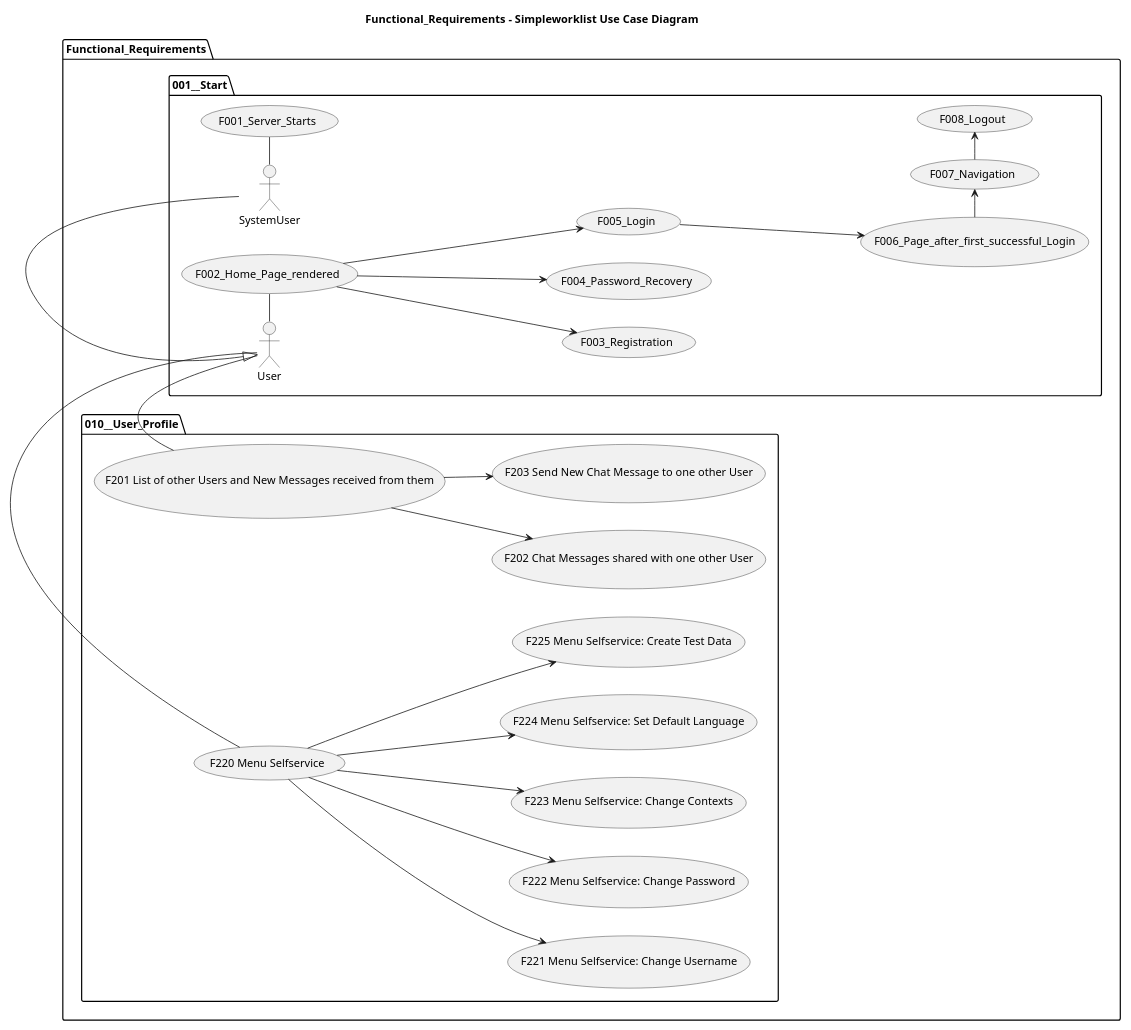
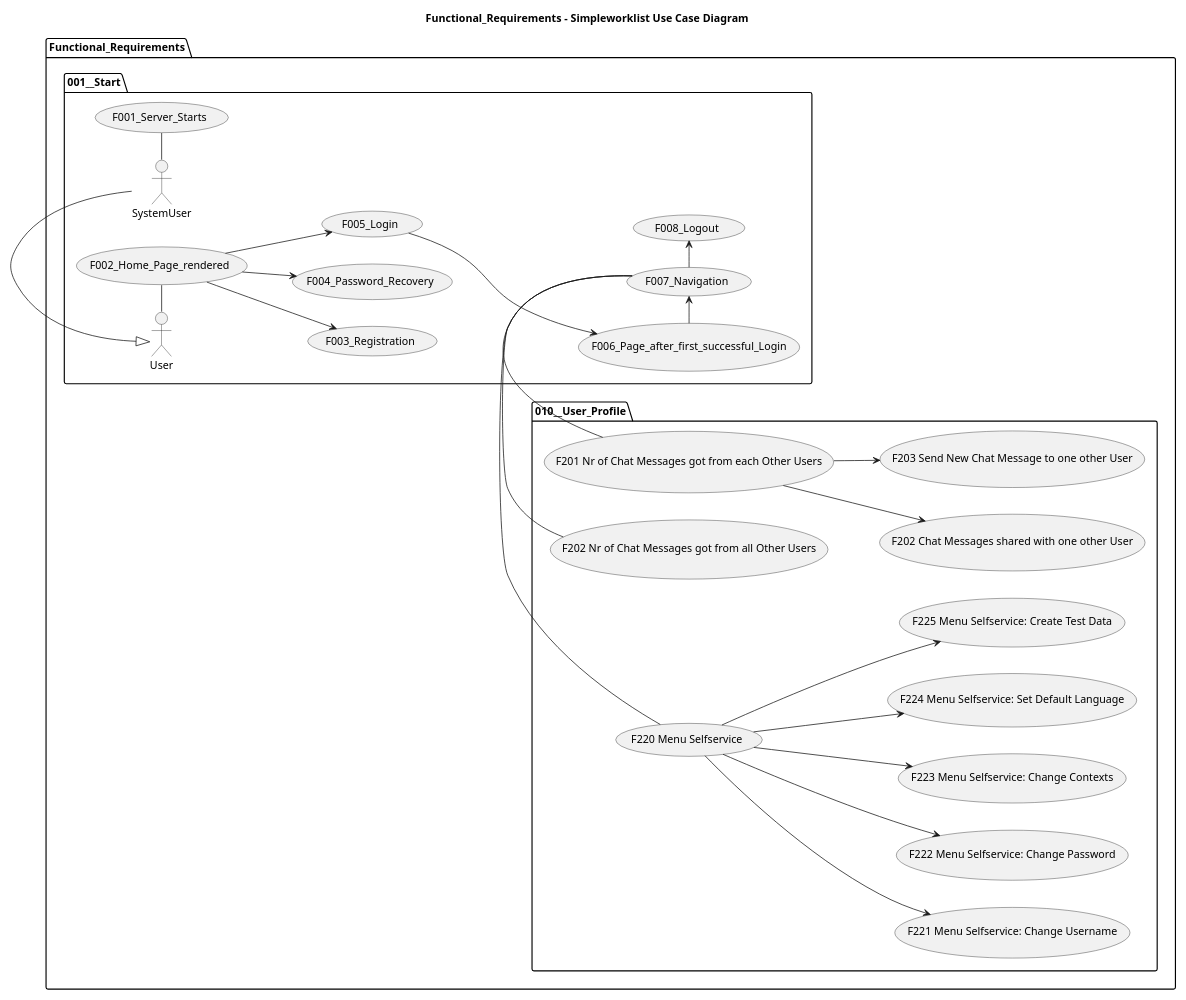
The diagram in src/main/plantuml/Simpleworklist__Use_Cases__010__User_Profile.puml (Spring-Framework-Java-Apps/simpleworklist), drawn with PlantUML before and after one commit.

Commit message:
## 2.4.13-SNAPSHOT * fixed #380 add User Use Cases to UML Documentation * fixed #393 UML Documentation: Service Classes DB * fixed #394 UML Documentation: Service Classes Meso

```diff
--- a/src/main/plantuml/Simpleworklist__Use_Cases__010__User_Profile.puml
+++ b/src/main/plantuml/Simpleworklist__Use_Cases__010__User_Profile.puml
@@ -1,39 +1,40 @@
 @startuml
 
 title Functional_Requirements - Simpleworklist Use Case Diagram
 
 left to right direction
 'top to bottom direction
 
 'https://plantuml.com/use-case-diagram
 
 scale 1200 width
 
 package Functional_Requirements {
 
   package 001__Start {
     SystemUser - (F001_Server_Starts)
     User - (F002_Home_Page_rendered)
     (F002_Home_Page_rendered) --> (F003_Registration)
     (F002_Home_Page_rendered) --> (F004_Password_Recovery)
     (F002_Home_Page_rendered) --> (F005_Login)
     (F005_Login) ---> (F006_Page_after_first_successful_Login)
     (F006_Page_after_first_successful_Login) -> (F007_Navigation)
     (F007_Navigation) -> (F008_Logout)
   }
 
   package 010__User_Profile {
-    User - (F201 List of other Users and New Messages received from them)
-    (F201 List of other Users and New Messages received from them) --> (F202 Chat Messages shared with one other User)
-    (F201 List of other Users and New Messages received from them) --> (F203 Send New Chat Message to one other User)
-    User - (F220 Menu Selfservice)
+    (F007_Navigation) - (F201 Nr of Chat Messages got from each Other Users)
+    (F201 Nr of Chat Messages got from each Other Users) --> (F202 Chat Messages shared with one other User)
+    (F201 Nr of Chat Messages got from each Other Users) --> (F203 Send New Chat Message to one other User)
+    (F007_Navigation) - (F202 Nr of Chat Messages got from all Other Users)
+    (F007_Navigation) - (F220 Menu Selfservice)
     (F220 Menu Selfservice) --> (F221 Menu Selfservice: Change Username)
     (F220 Menu Selfservice) --> (F222 Menu Selfservice: Change Password)
     (F220 Menu Selfservice) --> (F223 Menu Selfservice: Change Contexts)
     (F220 Menu Selfservice) --> (F224 Menu Selfservice: Set Default Language)
     (F220 Menu Selfservice) --> (F225 Menu Selfservice: Create Test Data)
   }
 
   User <|- SystemUser
 }
 @enduml
```
